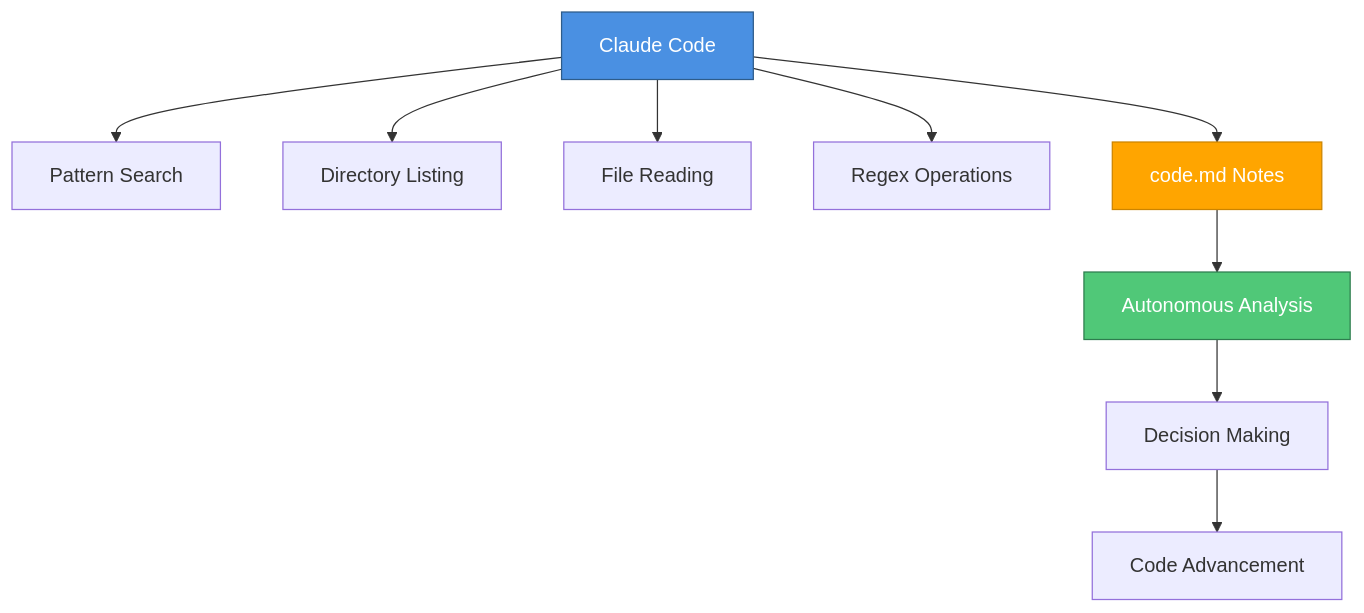
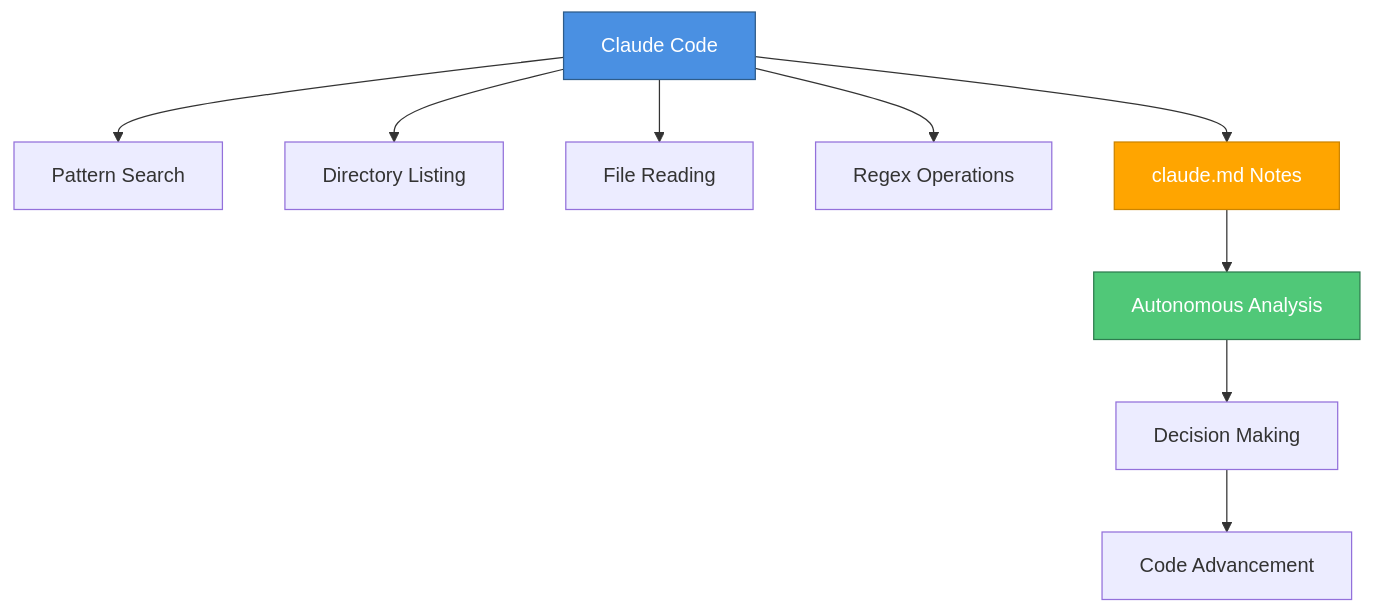
The second of 2 diagrams in notes/1_Introduction.md (Shrijeeth/Claude_Code_Best_Practices), drawn with Mermaid before and after one commit. The commit also changed other lines of this file and 2 other files, not shown here.

````diff
--- a/notes/1_Introduction.md
+++ b/notes/1_Introduction.md
@@ -161,16 +161,16 @@
 ```mermaid
 graph TD
     A[Claude Code] --> B[Pattern Search]
     A --> C[Directory Listing]
     A --> D[File Reading]
     A --> E[Regex Operations]
-    A --> F[code.md Notes]
+    A --> F[claude.md Notes]
 
     F --> G[Autonomous Analysis]
     G --> H[Decision Making]
     H --> I[Code Advancement]
 
     style A fill:#4A90E2,stroke:#2E5C8A,color:#fff
     style F fill:#FFA500,stroke:#CC8400,color:#fff
     style G fill:#50C878,stroke:#2E7D4E,color:#fff
 ```
````
